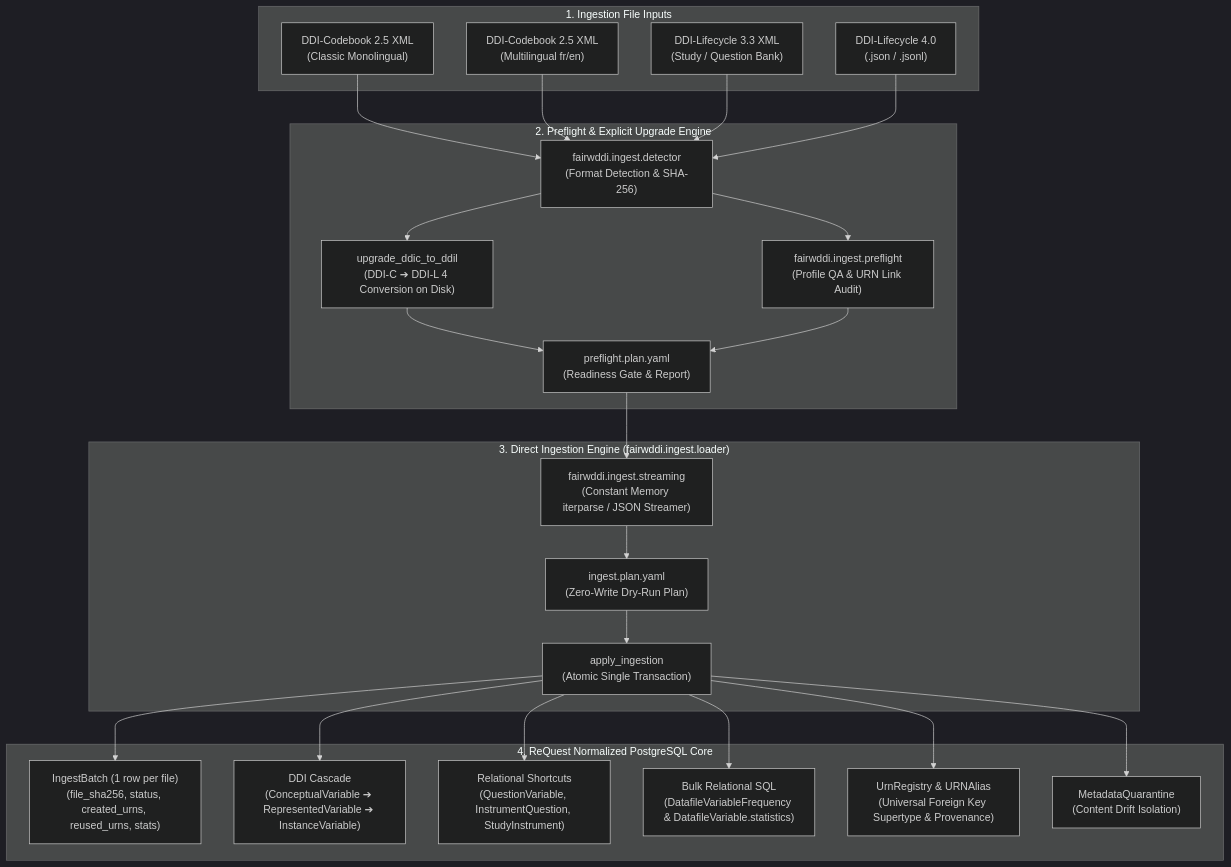
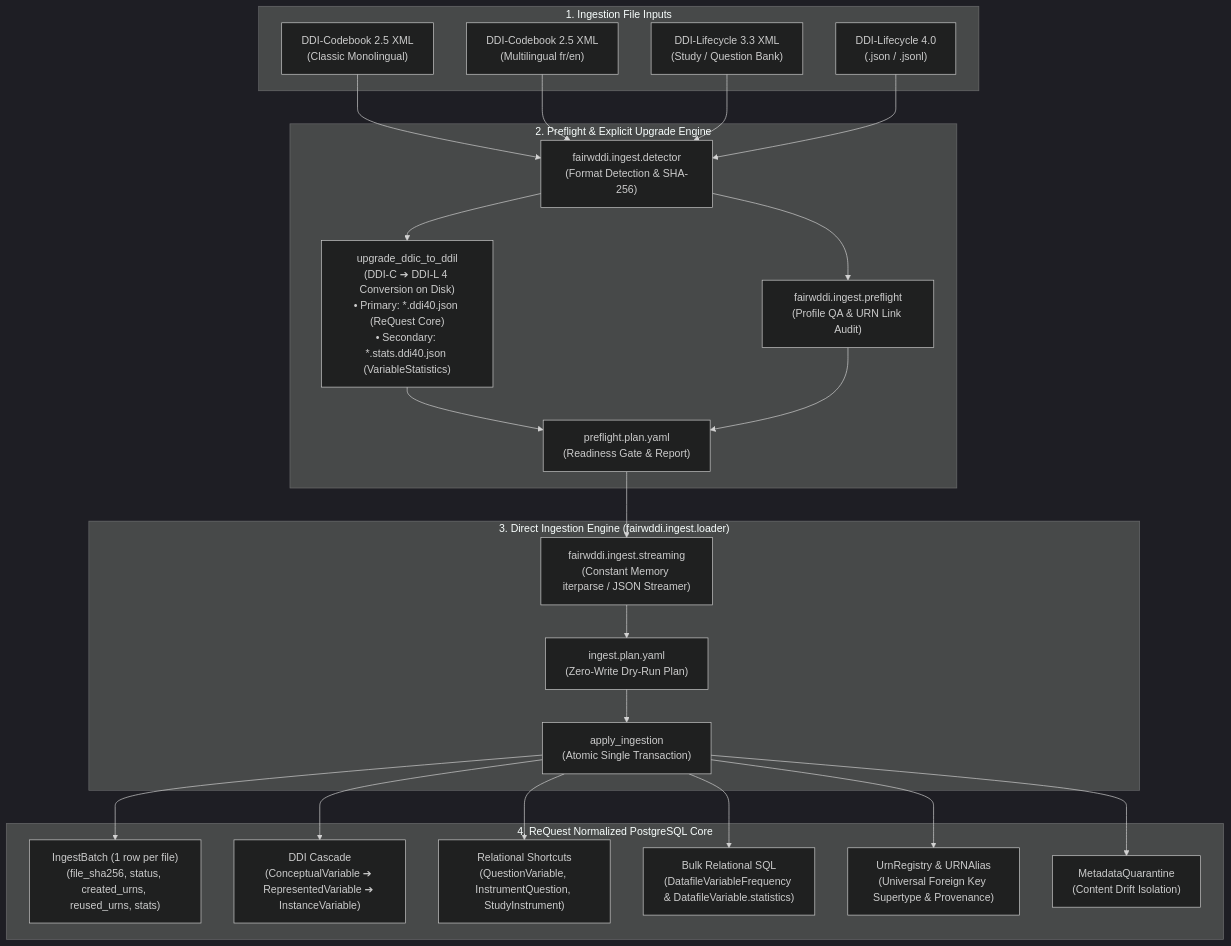
One commit to PlgaH/fairwddi-wp3-3 changed the second of 4 diagrams in deliverables/research/ingestion_architecture.md. Above: the diagram before and after it, drawn with Mermaid (dark theme). The commit also changed other lines of this file and 4 other files, not shown here.

Commit message:
docs: update research deliverables with DDI-C upgrade, statistics decoupling, and quality profiling details

````diff
--- a/deliverables/research/ingestion_architecture.md
+++ b/deliverables/research/ingestion_architecture.md
@@ -36,36 +36,36 @@
 ```mermaid
 flowchart TD
     subgraph InputFiles ["1. Ingestion File Inputs"]
         DDIC["DDI-Codebook 2.5 XML\n(Classic Monolingual)"]
         DDIC_ML["DDI-Codebook 2.5 XML\n(Multilingual fr/en)"]
         DDIL33["DDI-Lifecycle 3.3 XML\n(Study / Question Bank)"]
         DDIL4["DDI-Lifecycle 4.0\n(.json / .jsonl)"]
     end
 
     subgraph PreflightPhase ["2. Preflight & Explicit Upgrade Engine"]
         Detector["fairwddi.ingest.detector\n(Format Detection & SHA-256)"]
         QA["fairwddi.ingest.preflight\n(Profile QA & URN Link Audit)"]
-        Upgrade["upgrade_ddic_to_ddil\n(DDI-C ➔ DDI-L 4 Conversion on Disk)"]
+        Upgrade["upgrade_ddic_to_ddil\n(DDI-C ➔ DDI-L 4 Conversion on Disk)\n• Primary: *.ddi40.json (ReQuest Core)\n• Secondary: *.stats.ddi40.json (VariableStatistics)"]
         PlanPre["preflight.plan.yaml\n(Readiness Gate & Report)"]
     end
 
     subgraph IngestPhase ["3. Direct Ingestion Engine (fairwddi.ingest.loader)"]
         Streaming["fairwddi.ingest.streaming\n(Constant Memory iterparse / JSON Streamer)"]
         PlanIng["ingest.plan.yaml\n(Zero-Write Dry-Run Plan)"]
         Apply["apply_ingestion\n(Atomic Single Transaction)"]
     end
 
     subgraph CoreDB ["4. ReQuest Normalized PostgreSQL Core"]
         Receipt["IngestBatch (1 row per file)\n(file_sha256, status, created_urns, reused_urns, stats)"]
         Cascade["DDI Cascade\n(ConceptualVariable ➔ RepresentedVariable ➔ InstanceVariable)"]
         Shortcuts["Relational Shortcuts\n(QuestionVariable, InstrumentQuestion, StudyInstrument)"]
         Frequencies["Bulk Relational SQL\n(DatafileVariableFrequency & DatafileVariable.statistics)"]
         Registry["UrnRegistry & URNAlias\n(Universal Foreign Key Supertype & Provenance)"]
         Quarantine["MetadataQuarantine\n(Content Drift Isolation)"]
     end
 
     DDIC & DDIC_ML --> Detector --> Upgrade --> PlanPre
     DDIL33 & DDIL4 --> Detector --> QA --> PlanPre
     PlanPre --> Streaming --> PlanIng --> Apply
     Apply --> Receipt & Cascade & Shortcuts & Frequencies & Registry & Quarantine
 ```
````
